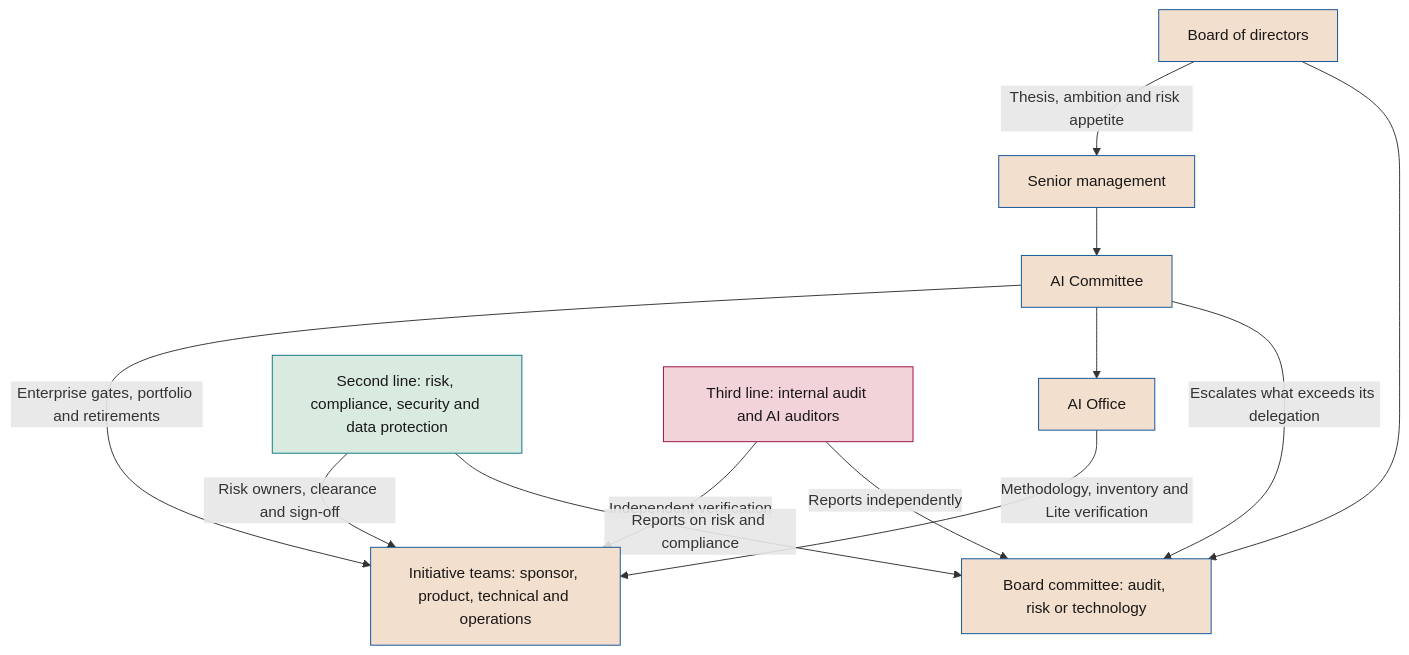
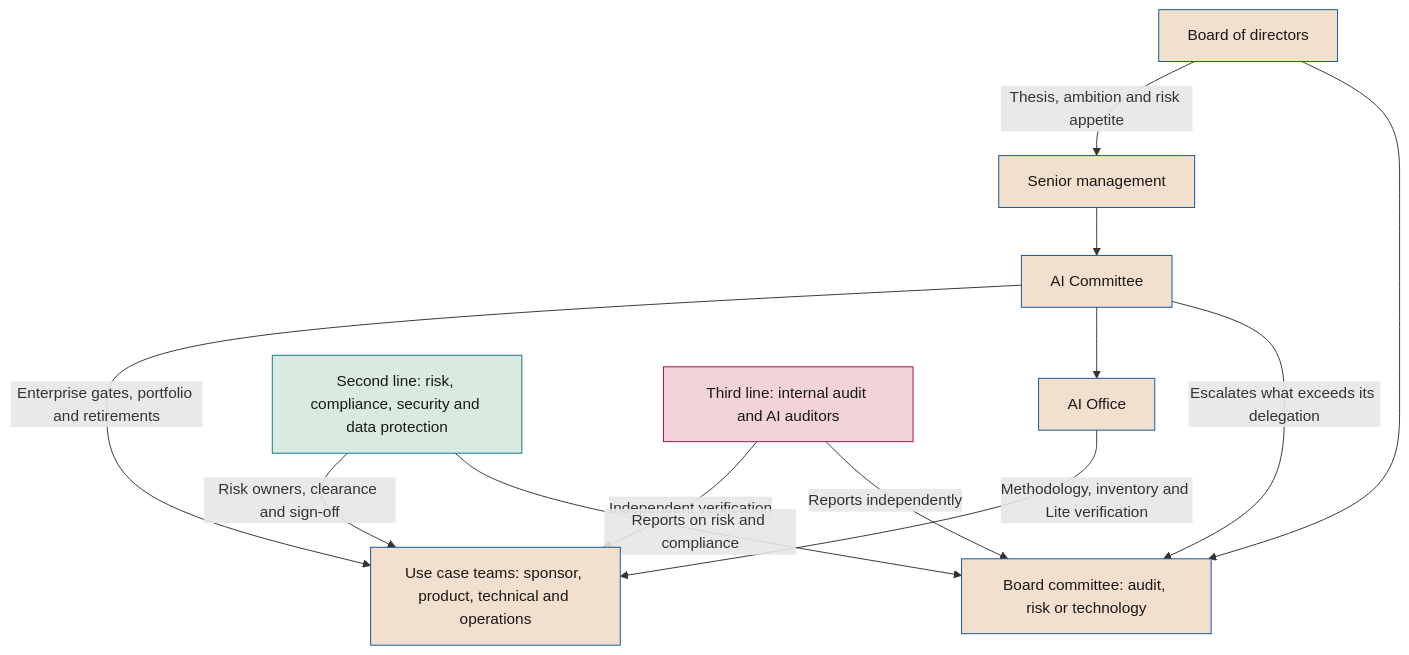
One commit to seachad/AI_CONSULTING changed the diagram in SEVEN-G/mds/en/30_SEVEN-G_Modelo_de_gobierno.md. Above: the diagram before and after it, drawn with Mermaid. The commit also changed other lines of this file and 1379 other files, not shown here.

````diff
--- a/SEVEN-G/mds/en/30_SEVEN-G_Modelo_de_gobierno.md
+++ b/SEVEN-G/mds/en/30_SEVEN-G_Modelo_de_gobierno.md
@@ -46,28 +46,28 @@
 ```mermaid
 flowchart TB
   CA["Board of directors"]
   CD["Board committee: audit, risk or technology"]
   AD["Senior management"]
   CIA["AI Committee"]
   OIA["AI Office"]
-  EQ["Initiative teams: sponsor, product, technical and operations"]
+  EQ["Use case teams: sponsor, product, technical and operations"]
   L2["Second line: risk, compliance, security and data protection"]
   L3["Third line: internal audit and AI auditors"]
   CA -->|"Thesis, ambition and risk appetite"| AD
   CA --> CD
   AD --> CIA
   CIA -->|"Enterprise gates, portfolio and retirements"| EQ
   CIA --> OIA
   OIA -->|"Methodology, inventory and Lite verification"| EQ
   L2 -->|"Risk owners, clearance and sign-off"| EQ
   L3 -->|"Independent verification"| EQ
   CIA -->|"Escalates what exceeds its delegation"| CD
   L2 -->|"Reports on risk and compliance"| CD
   L3 -->|"Reports independently"| CD
   classDef dir fill:#f2dfce,stroke:#0f5499,color:#1a1817
   classDef ctl fill:#d9ebe0,stroke:#0d7680,color:#1a1817
   classDef aud fill:#f3d3da,stroke:#990f3d,color:#1a1817
   class CA,CD,AD,CIA,OIA,EQ dir
   class L2 ctl
   class L3 aud
 ```
````
